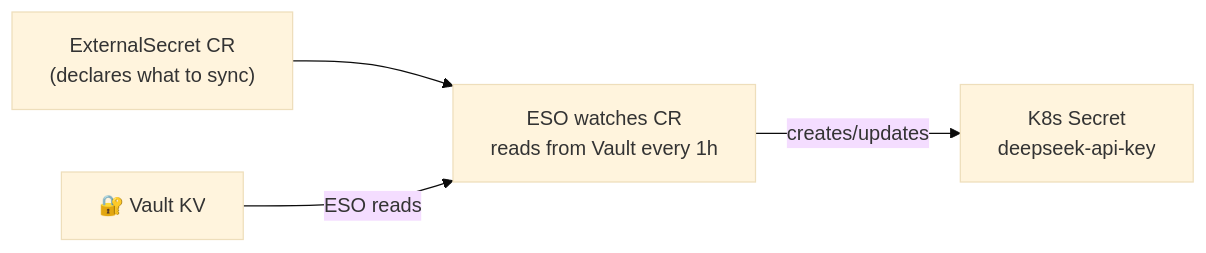
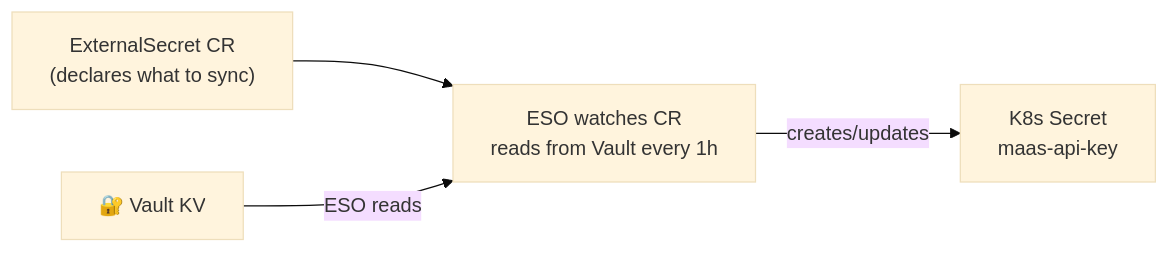
One commit to avijra/openshell-ztm-lab changed the second of 3 diagrams in docs/9-ztvp-integration/README.md. Above: the diagram before and after it, drawn with Mermaid (base theme). The commit also changed other lines of this file and 11 other files, not shown here.

````diff
--- a/docs/9-ztvp-integration/README.md
+++ b/docs/9-ztvp-integration/README.md
@@ -112,11 +112,11 @@
 ```mermaid
 graph LR
     ES["ExternalSecret CR<br/>(declares what to sync)"]
     ESO["ESO watches CR<br/>reads from Vault every 1h"]
     V["🔐 Vault KV"]
-    KS["K8s Secret<br/>deepseek-api-key"]
+    KS["K8s Secret<br/>maas-api-key"]
 
     ES --> ESO
     V -->|"ESO reads"| ESO
     ESO -->|"creates/updates"| KS
 ```
````
